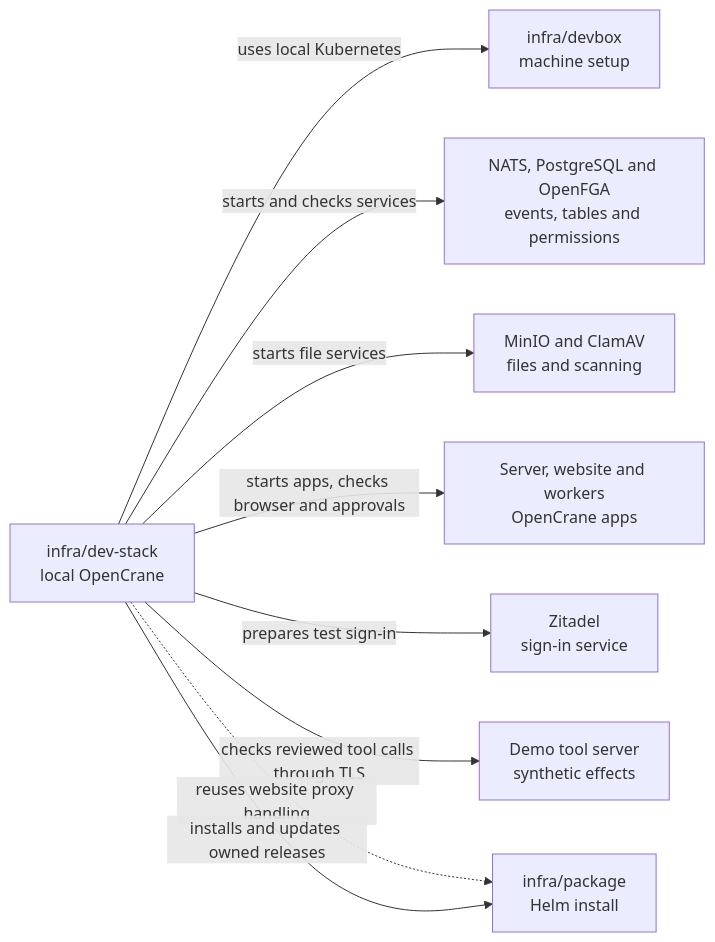
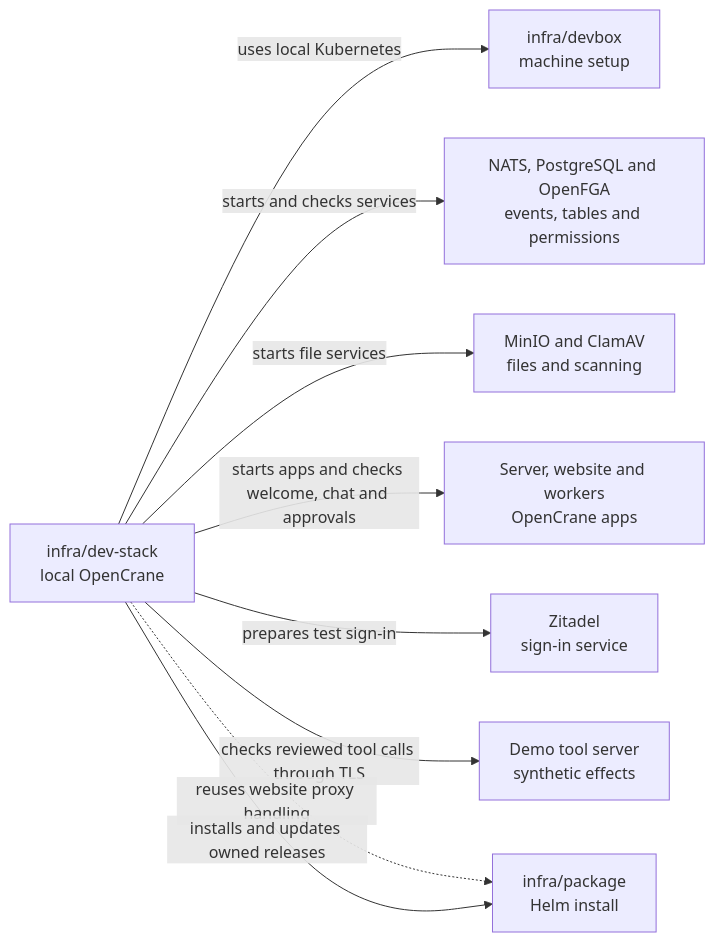
Before and after one commit to elewa-git/opencrane-new: the diagram in infra/dev-stack/README.md, drawn with Mermaid. The commit also changed other lines of this file and 144 other files, not shown here.

````diff
--- a/infra/dev-stack/README.md
+++ b/infra/dev-stack/README.md
@@ -23,11 +23,11 @@
 ```mermaid
 flowchart LR
   stack["infra/dev-stack<br/>local OpenCrane"] -->|uses local Kubernetes| devbox["infra/devbox<br/>machine setup"]
   stack -->|starts and checks services| services["NATS, PostgreSQL and OpenFGA<br/>events, tables and permissions"]
   stack -->|starts file services| files["MinIO and ClamAV<br/>files and scanning"]
-  stack -->|starts apps, checks browser and approvals| apps["Server, website and workers<br/>OpenCrane apps"]
+  stack -->|starts apps and checks welcome, chat and approvals| apps["Server, website and workers<br/>OpenCrane apps"]
   stack -->|prepares test sign-in| zitadel["Zitadel<br/>sign-in service"]
   stack -->|checks reviewed tool calls through TLS| demo["Demo tool server<br/>synthetic effects"]
   stack -.->|reuses website proxy handling| package
   stack -->|installs and updates owned releases| package["infra/package<br/>Helm install"]
 ```
````
